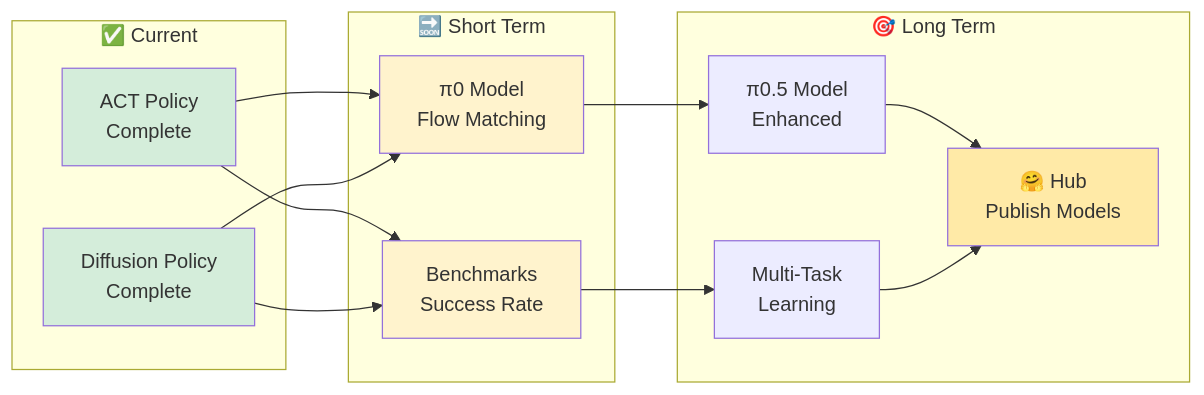
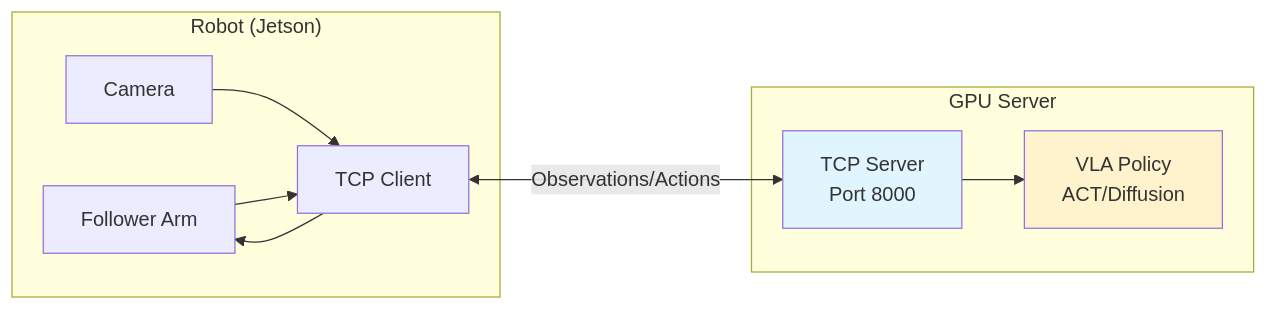
The third of 3 diagrams in _posts/2025-12-18-allen-vla.md (nu-jliu/nu-jliu.github.io), drawn with Mermaid before and after one commit. The commit also changed other lines of this file, not shown here.

````diff
--- a/_posts/2025-12-18-allen-vla.md
+++ b/_posts/2025-12-18-allen-vla.md
@@ -861,33 +149,22 @@
 ```mermaid
 graph LR
-    subgraph Current["✅ Current"]
-        ACT_DONE["ACT Policy<br/>Complete"]
-        DIFF_DONE["Diffusion Policy<br/>Complete"]
+    subgraph Robot["Robot (Jetson)"]
+        ARM["Follower Arm"]
+        CAM["Camera"]
+        CLIENT["TCP Client"]
     end
 
-    subgraph ShortTerm["🔜 Short Term"]
-        PI0["π0 Model<br/>Flow Matching"]
-        BENCH["Benchmarks<br/>Success Rate"]
+    subgraph GPU["GPU Server"]
+        SERVER["TCP Server<br/>Port 8000"]
+        POLICY["VLA Policy<br/>ACT/Diffusion"]
     end
 
-    subgraph LongTerm["🎯 Long Term"]
-        PI05["π0.5 Model<br/>Enhanced"]
-        MULTI["Multi-Task<br/>Learning"]
-        SHARE["🤗 Hub<br/>Publish Models"]
-    end
+    CAM --> CLIENT
+    ARM --> CLIENT
+    CLIENT <-->|Observations/Actions| SERVER
+    SERVER --> POLICY
+    CLIENT --> ARM
 
-    ACT_DONE --> PI0
-    DIFF_DONE --> PI0
-    ACT_DONE --> BENCH
-    DIFF_DONE --> BENCH
-    PI0 --> PI05
-    BENCH --> MULTI
-    PI05 --> SHARE
-    MULTI --> SHARE
-
-    style ACT_DONE fill:#d4edda
-    style DIFF_DONE fill:#d4edda
-    style PI0 fill:#fff3cd
-    style BENCH fill:#fff3cd
-    style SHARE fill:#ffeaa7
+    style POLICY fill:#fff3cd
+    style SERVER fill:#e1f5ff
 ```
````
